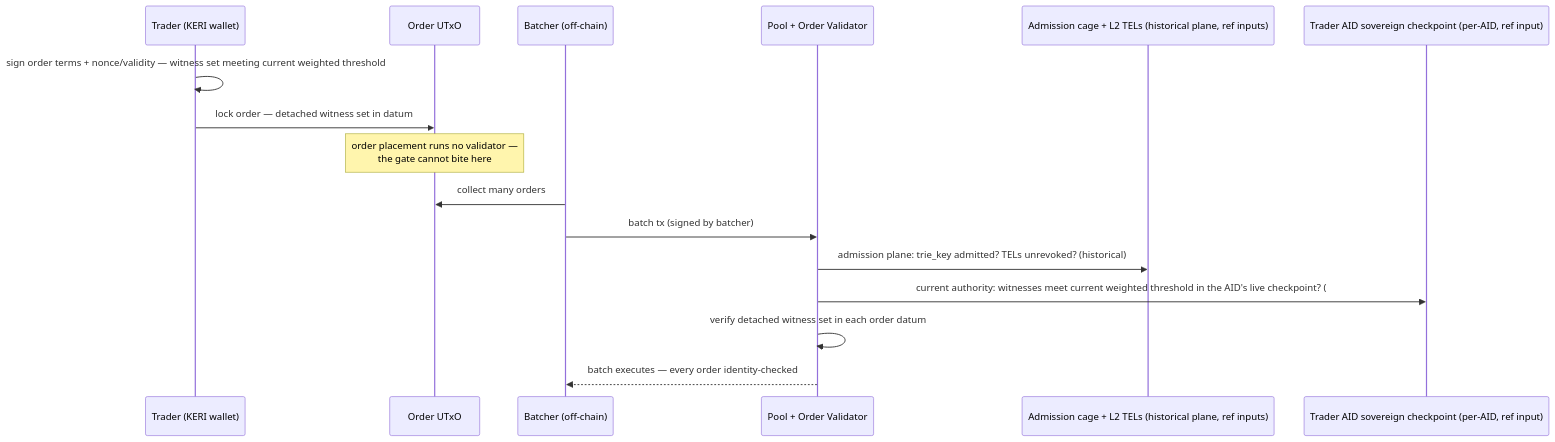
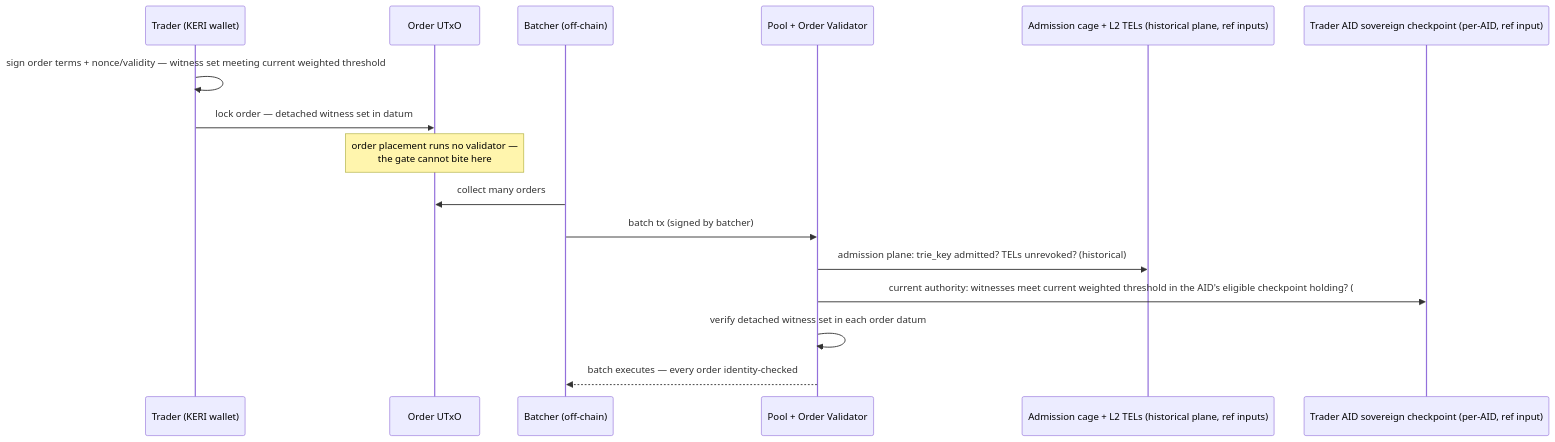
One commit to lambdasistemi/cardano-keri changed the diagram in docs/design/business-cases/regulated-defi.md. Above: the diagram before and after it, drawn with Mermaid. The commit also changed other lines of this file and 64 other files, not shown here.

First line of the commit message:
docs: align the design and architecture pages with the accepted model

````diff
--- a/docs/design/business-cases/regulated-defi.md
+++ b/docs/design/business-cases/regulated-defi.md
@@ -109,19 +109,19 @@
 ```mermaid
 sequenceDiagram
     participant T as Trader (KERI wallet)
     participant O as Order UTxO
     participant B as Batcher (off-chain)
     participant P as Pool + Order Validator
     participant R as Admission cage + L2 TELs (historical plane, ref inputs)
     participant C as Trader AID sovereign checkpoint (per-AID, ref input)
 
     T->>T: sign order terms + nonce/validity — witness set meeting current weighted threshold
     T->>O: lock order — detached witness set in datum
     Note over O: order placement runs no validator —<br/>the gate cannot bite here
     B->>O: collect many orders
     B->>P: batch tx (signed by batcher)
     P->>R: admission plane: trie_key admitted? TELs unrevoked? (historical)
-    P->>C: current authority: witnesses meet current weighted threshold in the AID's live checkpoint? (#92)
+    P->>C: current authority: witnesses meet current weighted threshold in the AID's eligible checkpoint holding? (#92)
     P->>P: verify detached witness set in each order datum
     P-->>B: batch executes — every order identity-checked
 ```
````
